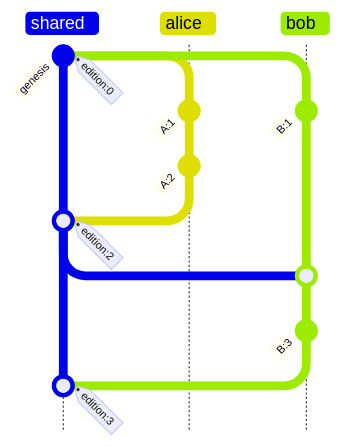
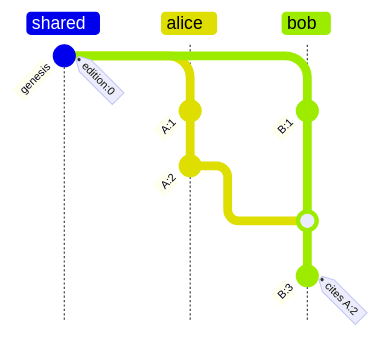
One commit to dialog-db/dialog-db changed the eighth of 8 diagrams in notes/version-control.md. Above: the diagram before and after it, drawn with Mermaid. The commit also changed other lines of this file, not shown here.

First line of the commit message:
docs: version-control spec as a scenario catalog with diagrams

````diff
--- a/notes/version-control.md
+++ b/notes/version-control.md
@@ -478,19 +574,15 @@
 ```mermaid
 %%{init: { 'gitGraph': {'showBranches': true, 'showCommitLabel':true,'mainBranchName': 'shared', 'parallelCommits': true}} }%%
 gitGraph TB:
    commit id: "genesis" tag: "edition:0"
    branch alice
    branch bob
    checkout alice
    commit id: "A:1"
    commit id: "A:2"
    checkout bob
    commit id: "B:1"
-   checkout shared
-   merge alice tag: "edition:2"
    checkout bob
-   merge shared
-   commit id: "B:3"
-   checkout shared
-   merge bob tag: "edition:3"
+   merge alice
+   commit id: "B:3" tag: "cites A:2"
 ```
````
